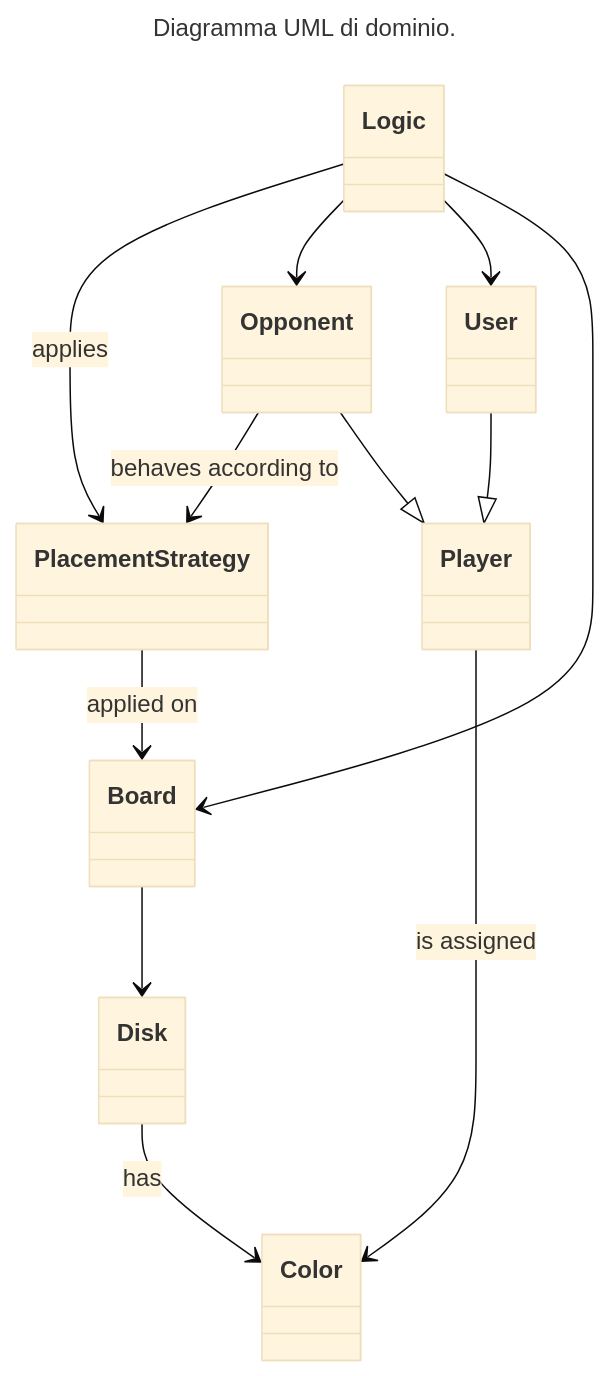
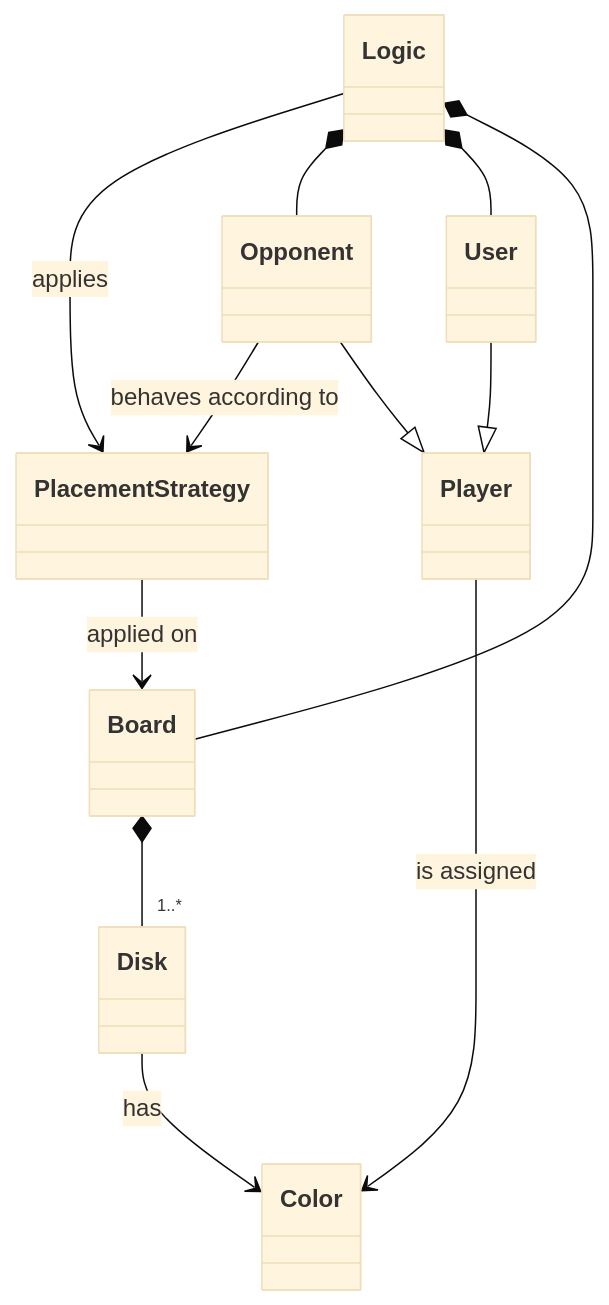
One commit to Borgotto/PPS-25-scalatello changed the diagram in docs/report/2-requirements.md. Above: the diagram before and after it, drawn with Mermaid (base theme). The commit also changed other lines of this file and 3 other files, not shown here.

````diff
--- a/docs/report/2-requirements.md
+++ b/docs/report/2-requirements.md
@@ -55,27 +55,24 @@
 ```mermaid
----
-title: Diagramma UML di dominio.
----
 classDiagram
   class Logic
   class PlacementStrategy
   class Opponent
   class User
   class Board
   class Disk
   class Color
   class Player
 
   Logic --> PlacementStrategy: applies
-  Logic --> Opponent
-  Logic --> User
-  Logic --> Board
+  Logic *-- Opponent
+  Logic *-- User
+  Logic *-- Board
 
   Opponent --> PlacementStrategy : behaves according to
   Opponent --|> Player
   User --|> Player
   Player --> Color: is assigned
   PlacementStrategy --> Board: applied on
-  Board --> Disk
+  Board *-- "1..*" Disk
   Disk --> Color: has
 ```
````
